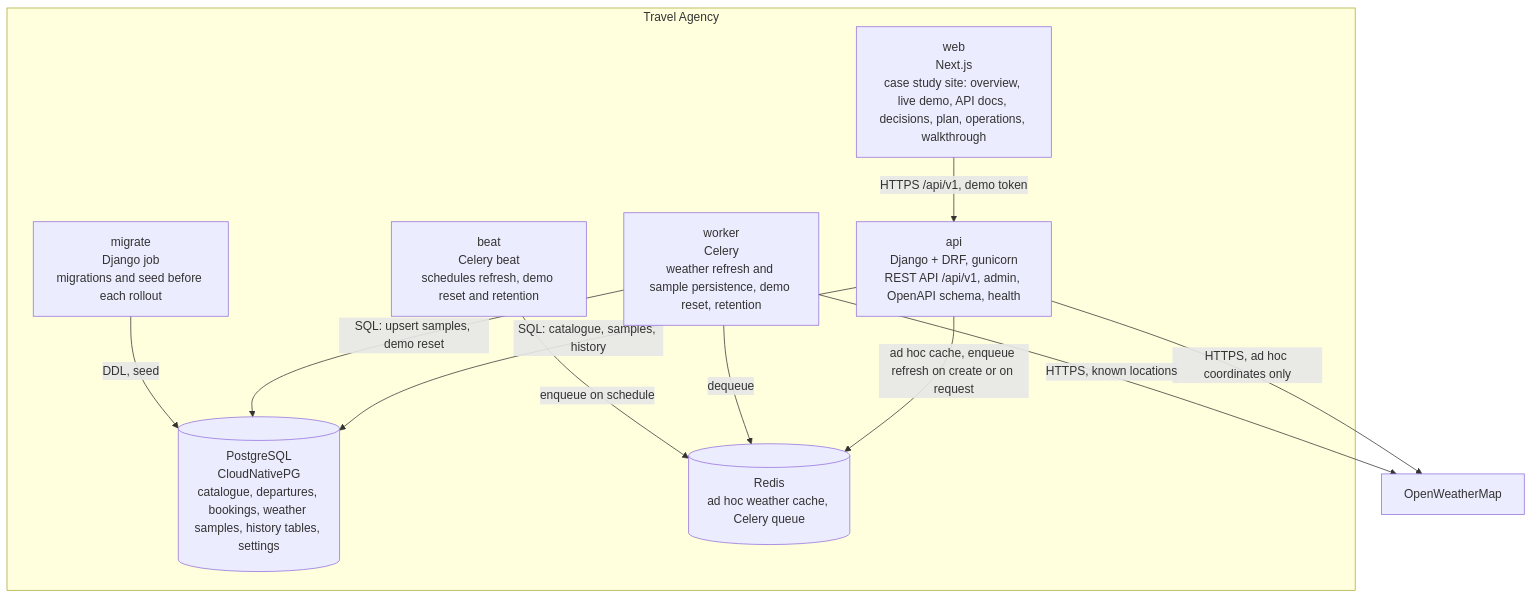
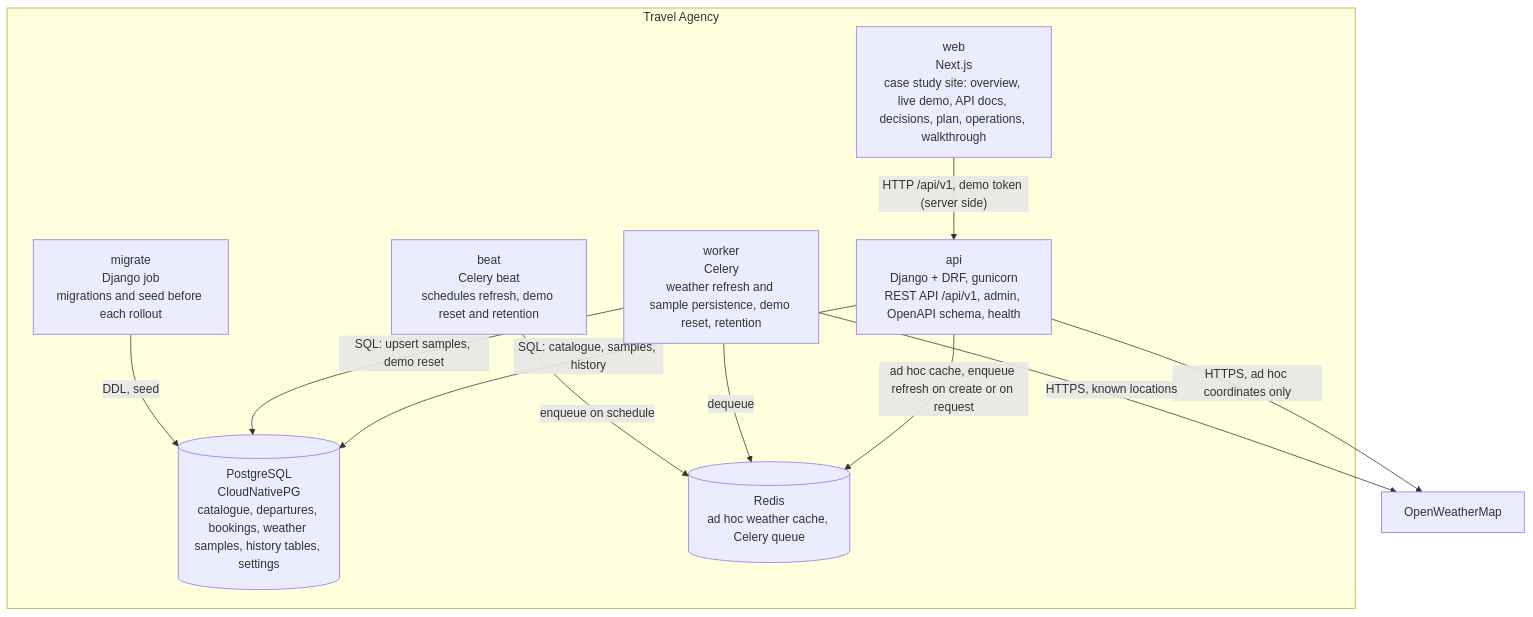
The second of 11 diagrams in docs/02-architecture.md (AlitalipSever/travel-agency), drawn with Mermaid before and after one commit. The commit also changed other lines of this file and 54 other files, not shown here.

````diff
--- a/docs/02-architecture.md
+++ b/docs/02-architecture.md
@@ -215,22 +215,22 @@
 ```mermaid
 flowchart TB
   subgraph system["Travel Agency"]
     web["web<br/>Next.js<br/>case study site: overview, live demo, API docs, decisions, plan, operations, walkthrough"]
     api["api<br/>Django + DRF, gunicorn<br/>REST API /api/v1, admin, OpenAPI schema, health"]
     worker["worker<br/>Celery<br/>weather refresh and sample persistence, demo reset, retention"]
     beat["beat<br/>Celery beat<br/>schedules refresh, demo reset and retention"]
     migrate["migrate<br/>Django job<br/>migrations and seed before each rollout"]
     pg[("PostgreSQL<br/>CloudNativePG<br/>catalogue, departures, bookings, weather samples, history tables, settings")]
     redis[("Redis<br/>ad hoc weather cache, Celery queue")]
   end
   owm["OpenWeatherMap"]
-  web -- "HTTPS /api/v1, demo token" --> api
+  web -- "HTTP /api/v1, demo token (server side)" --> api
   api -- "SQL: catalogue, samples, history" --> pg
   api -- "ad hoc cache, enqueue refresh on create or on request" --> redis
   api -- "HTTPS, ad hoc coordinates only" --> owm
   worker -- "dequeue" --> redis
   worker -- "HTTPS, known locations" --> owm
   worker -- "SQL: upsert samples, demo reset" --> pg
   beat -- "enqueue on schedule" --> redis
   migrate -- "DDL, seed" --> pg
 ```
````
